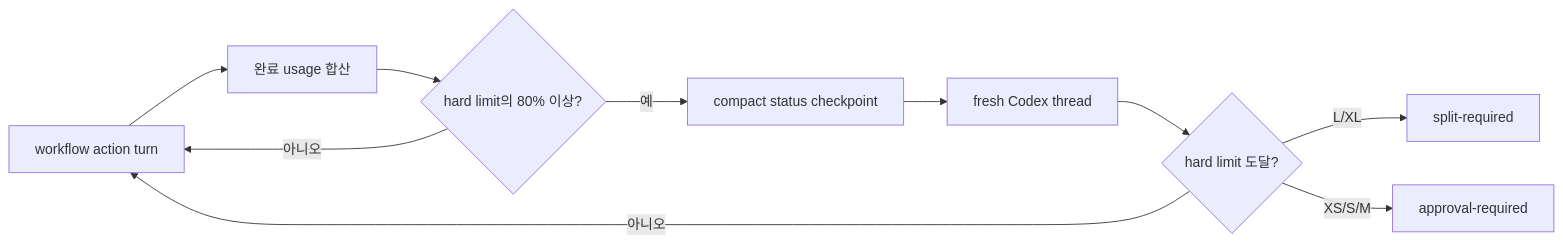
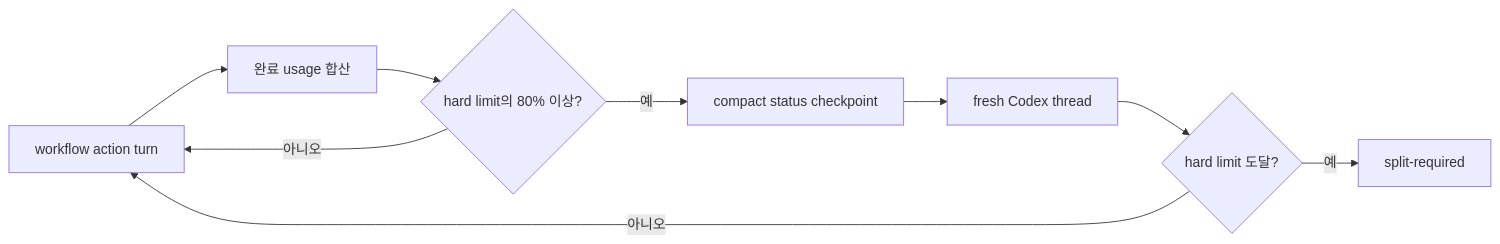
The second of 3 diagrams in website/docs/concepts/pipeline.md (dhyun2/spec-to-pr), drawn with Mermaid before and after one commit. The commit also changed other lines of this file and 371 other files, not shown here.

````diff
--- a/website/docs/concepts/pipeline.md
+++ b/website/docs/concepts/pipeline.md
@@ -57,12 +57,11 @@
 ```mermaid
 flowchart LR
     T["workflow action turn"] --> U["완료 usage 합산"]
     U --> C{"hard limit의 80% 이상?"}
     C -->|아니오| T
     C -->|예| K["compact status checkpoint"]
     K --> N["fresh Codex thread"]
     N --> H{"hard limit 도달?"}
     H -->|아니오| T
-    H -->|L/XL| S["split-required"]
-    H -->|XS/S/M| A["approval-required"]
+    H -->|예| S["split-required"]
 ```
````
